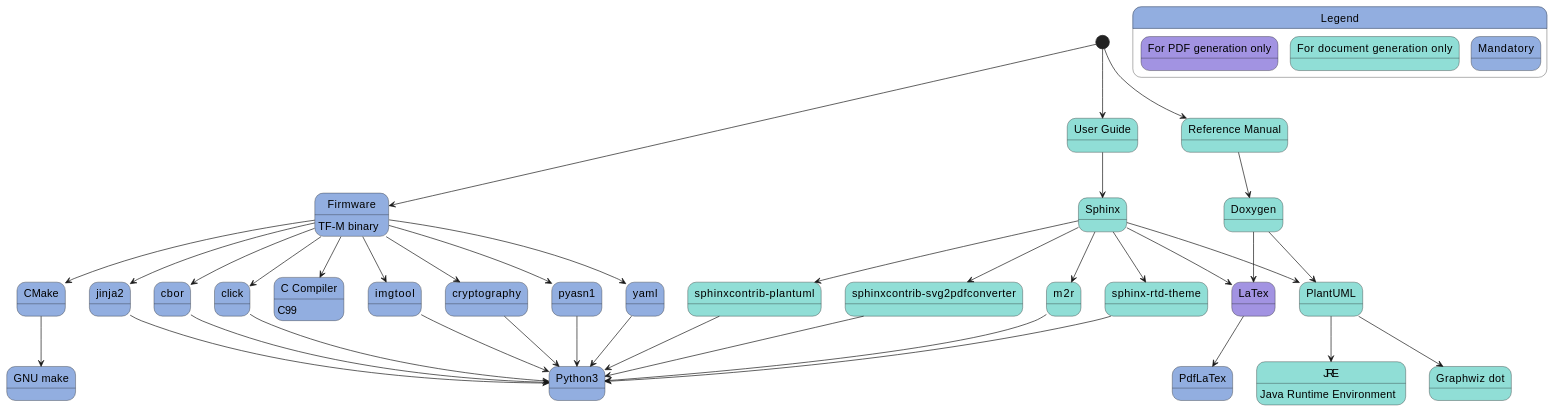
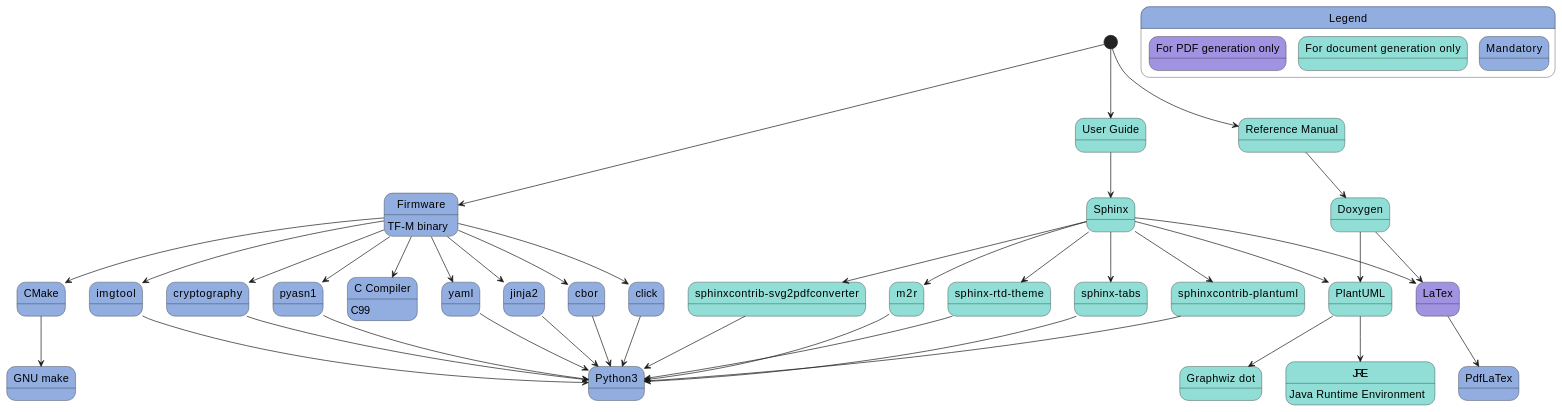
One commit to zephyrproject-rtos/trusted-firmware-m changed the diagram in docs/getting_started/tfm_sw_requirement.rst. Above: the diagram before and after it, drawn with PlantUML. The commit also changed other lines of this file and 2 other files, not shown here.

First line of the commit message:
Docs: Enable Sphinx tabs extension

```diff
--- a/docs/getting_started/tfm_sw_requirement.rst
+++ b/docs/getting_started/tfm_sw_requirement.rst
@@ -358,75 +359,78 @@
 .. uml::
 
    @startuml
     skinparam state {
       BackgroundColor #92AEE0
       FontColor black
       FontSize 16
       AttributeFontColor black
       AttributeFontSize 16
       BackgroundColor<<pdf>> #A293E2
       BackgroundColor<<doc>> #90DED6
     }
     state fw as "Firmware" : TF-M binary
     state c_comp as "C Compiler" : C99
     state gmake as "GNU make"
     state u_guide as "User Guide" <<doc>>
     state refman as "Reference Manual" <<doc>>
     state rtd_theme as "sphinx-rtd-theme" <<doc>>
+    state tabs as "sphinx-tabs" <<doc>>
     state sphnix_puml as "sphinxcontrib-plantuml" <<doc>>
     state sphnix_svg as "sphinxcontrib-svg2pdfconverter" <<doc>>
     state JRE as "JRE" <<doc>> : Java Runtime Environment
     state gwiz as "Graphwiz dot" <<doc>>
     state Sphinx as "Sphinx" <<doc>>
     state m2r as "m2r" <<doc>>
     state PlantUML as "PlantUML" <<doc>>
     state LaTex as "LaTex" <<pdf>>
     state PdfLaTex as "PdfLaTex" <<<<pdf>>>>
     state Doxygen as "Doxygen" <<doc>>
 
     [*] --> fw
     fw --> c_comp
     fw --> CMake
     CMake --> gmake
     fw --> cryptography
     fw --> pyasn1
     fw --> yaml
     fw --> jinja2
     fw --> cbor
     fw --> click
     fw --> imgtool
     cryptography --> Python3
     pyasn1 --> Python3
     yaml --> Python3
     jinja2 --> Python3
     cbor --> Python3
     click --> Python3
     imgtool --> Python3
 
     [*] --> u_guide
     u_guide --> Sphinx
     Sphinx --> m2r
     Sphinx --> rtd_theme
+    Sphinx --> tabs
     Sphinx --> sphnix_puml
     Sphinx --> sphnix_svg
     m2r --> Python3
     rtd_theme --> Python3
+    tabs --> Python3
     sphnix_puml --> Python3
     sphnix_svg --> Python3
     Sphinx --> PlantUML
     PlantUML --> JRE
     PlantUML --> gwiz
     Sphinx --> LaTex
     LaTex --> PdfLaTex
 
     [*] --> refman
     refman --> Doxygen
     Doxygen --> PlantUML
     Doxygen --> LaTex
     state Legend {
       state x as "For PDF generation only" <<pdf>>
       state y as "For document generation only" <<doc>>
       state z as "Mandatory"
     }
 
    @enduml
```
